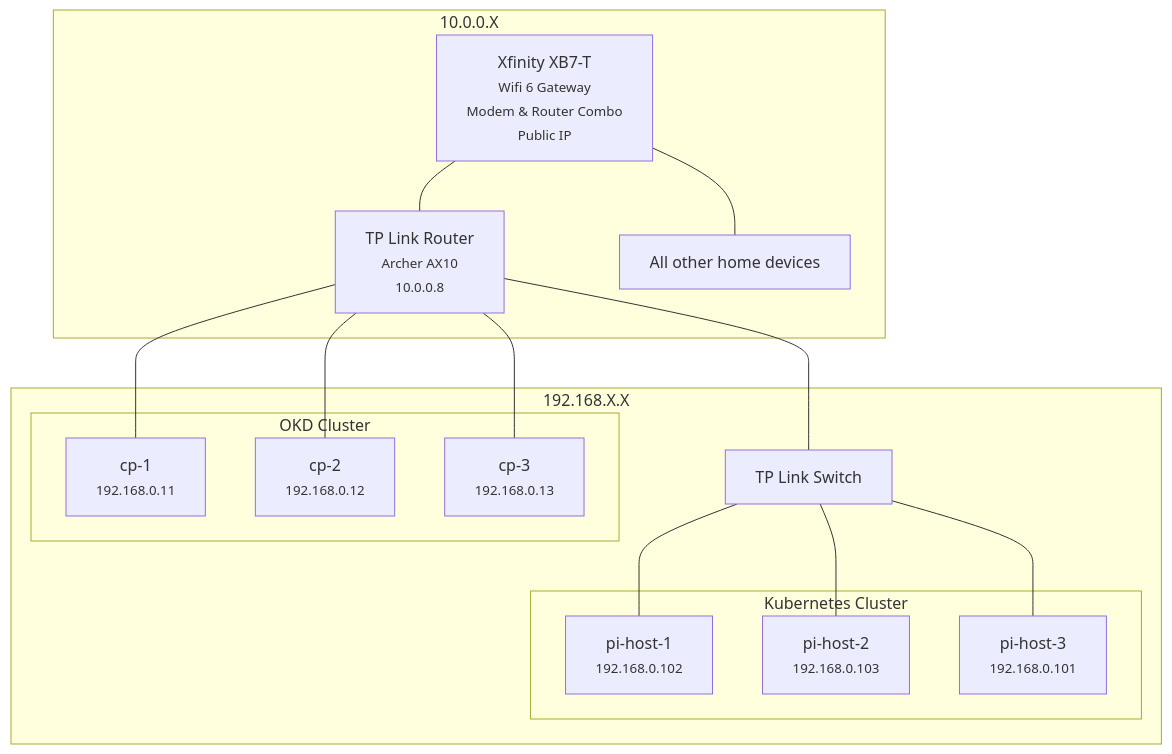
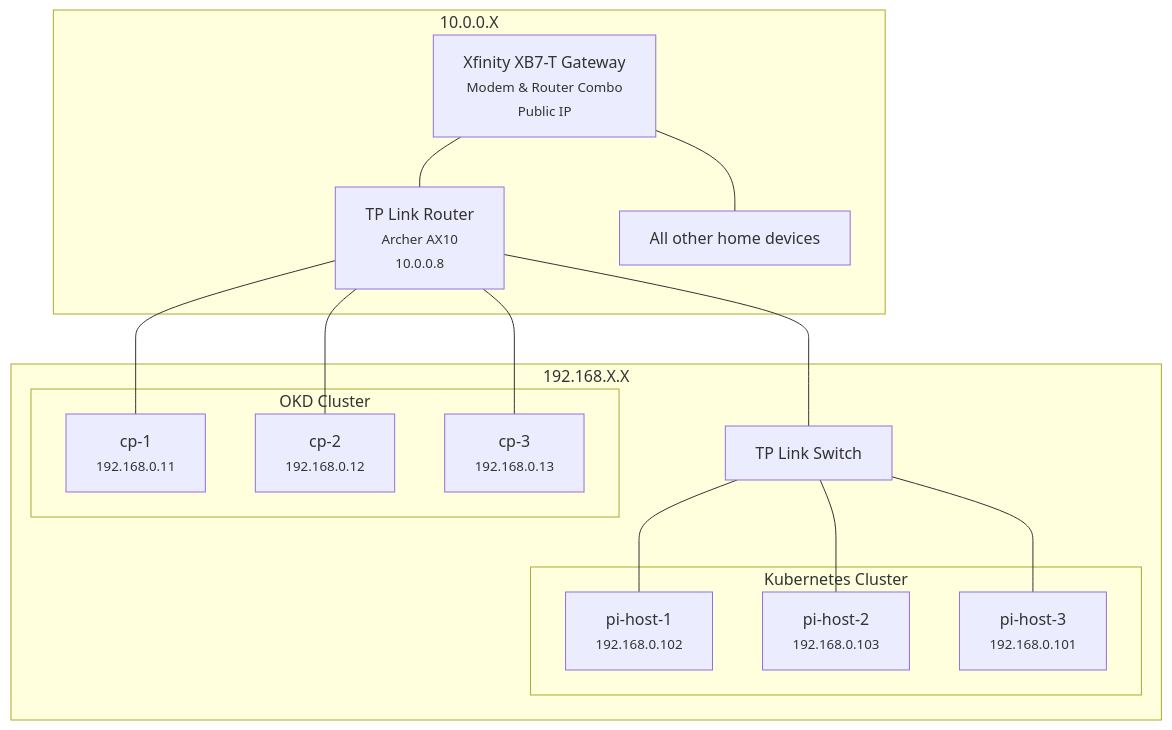
One commit to jennweir/HomeLab changed the diagram in README.md. Above: the diagram before and after it, drawn with Mermaid.

````diff
--- a/README.md
+++ b/README.md
@@ -3,30 +3,30 @@
 ```mermaid
 graph TD
 subgraph 10.0.0.X
-A[Xfinity XB7-T<br/><small>Wifi 6 Gateway</small><br/><small>Modem & Router Combo</small><br/><small>Public IP</small>]
+A[Xfinity XB7-T Gateway<br/><small>Modem & Router Combo</small><br/><small>Public IP</small>]
 A --- B
 A --- J
 J[All other home devices]
 end
 B[TP Link Router <br/><small>Archer AX10</small><br/><small>10.0.0.8</small>]
 B --- C
 B --- D
 B --- E
 B --- F
 subgraph 192.168.X.X
 subgraph OKD Cluster
 C[cp-1 <br/><small>192.168.0.11</small>]
 D[cp-2 <br/><small>192.168.0.12</small>]
 E[cp-3 <br/><small>192.168.0.13</small>]
 end
 F[TP Link Switch]
 subgraph Kubernetes Cluster
 G[pi-host-1 <br/><small>192.168.0.102</small>]
 H[pi-host-2 <br/><small>192.168.0.103</small>]
 I[pi-host-3 <br/><small>192.168.0.101</small>]
 end
 F --- G
 F --- H
 F --- I
 end
 ```
````
